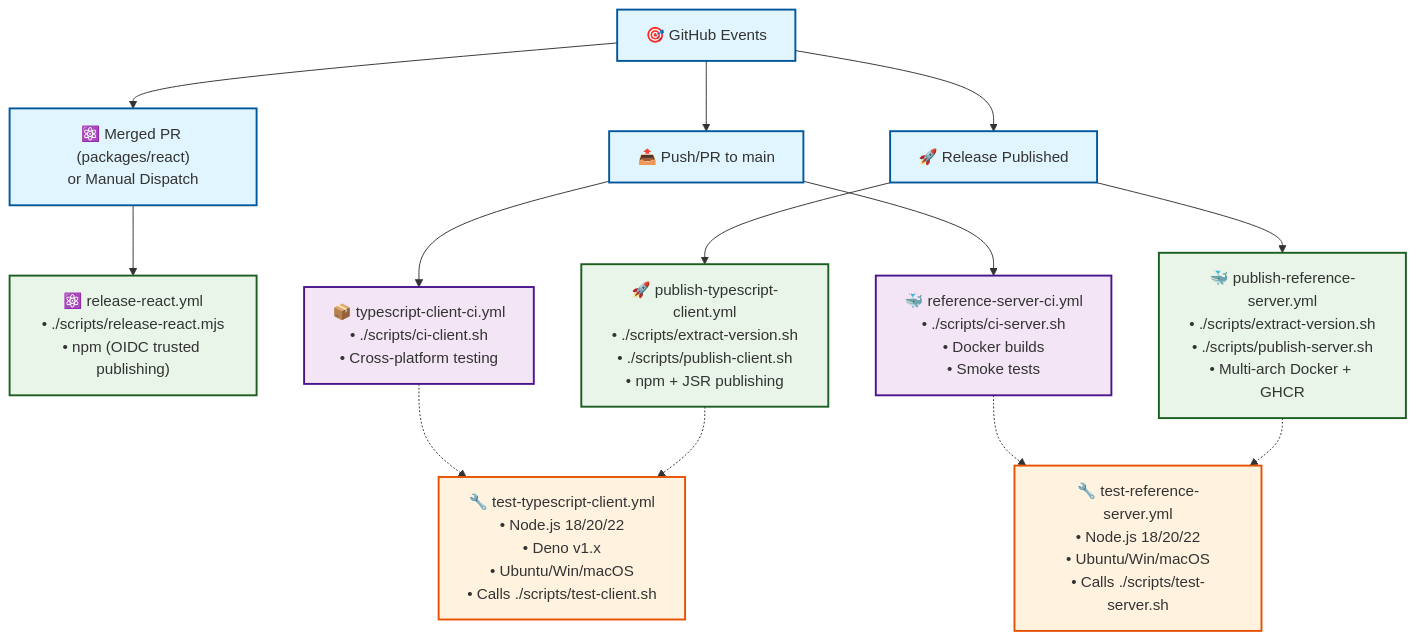
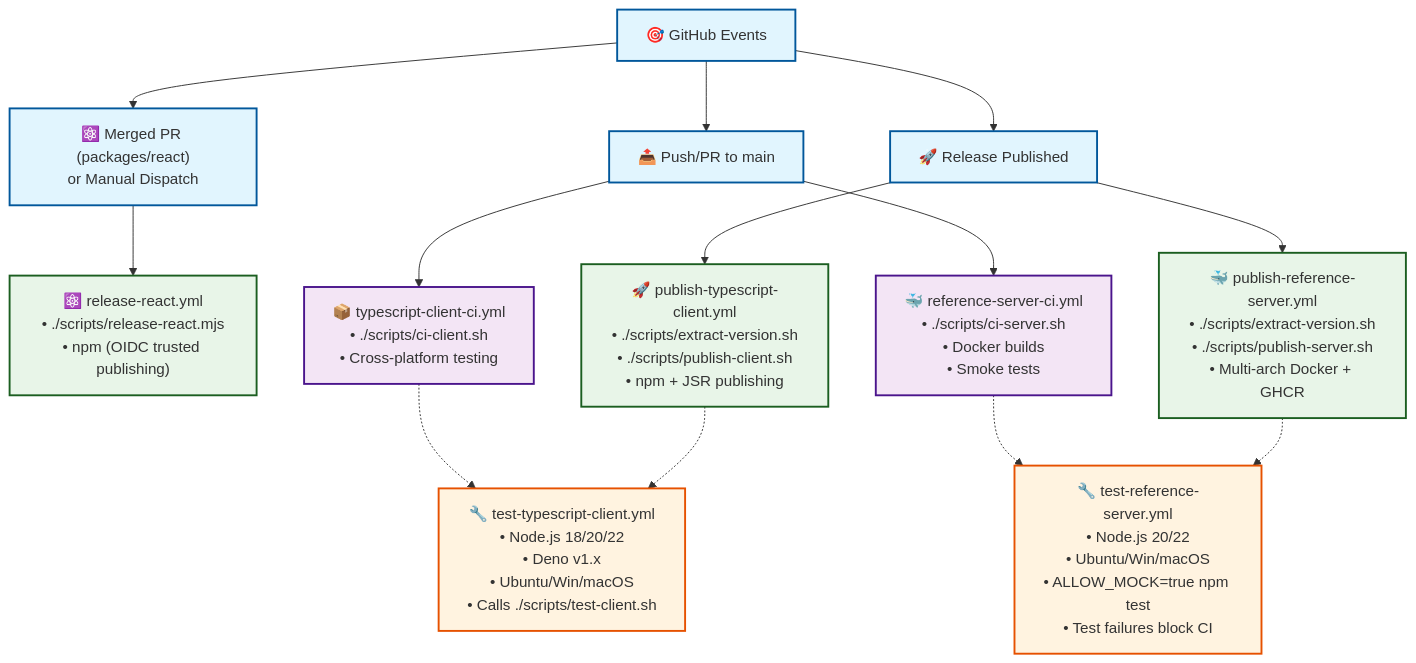
The first of 2 diagrams in .github/ARCHITECTURE.md (mieweb/ozwellai-api), drawn with Mermaid before and after one commit. The commit also changed other lines of this file and 7 other files, not shown here.

First line of the commit message:
test(widget): replace bundle assertions and enforce server test gate

````diff
--- a/.github/ARCHITECTURE.md
+++ b/.github/ARCHITECTURE.md
@@ -5,49 +5,49 @@
 ```mermaid
 graph TB
     Events["🎯 GitHub Events"]
     PushPR["📤 Push/PR to main"]
     Release["🚀 Release Published"]
     ReactTrigger["⚛️ Merged PR (packages/react)<br/>or Manual Dispatch"]
     
     Events --> PushPR
     Events --> Release
     Events --> ReactTrigger
     
     ReactPub["⚛️ release-react.yml<br/>• ./scripts/release-react.mjs<br/>• npm (OIDC trusted publishing)"]
     ReactTrigger --> ReactPub
     
     %% CI Workflows (triggered by Push/PR)
     TSClientCI["📦 typescript-client-ci.yml<br/>• ./scripts/ci-client.sh<br/>• Cross-platform testing"]
     RefServerCI["🐳 reference-server-ci.yml<br/>• ./scripts/ci-server.sh<br/>• Docker builds<br/>• Smoke tests"]
     
     PushPR --> TSClientCI
     PushPR --> RefServerCI
     
     %% Publish Workflows (triggered by Release)
     TSClientPub["🚀 publish-typescript-client.yml<br/>• ./scripts/extract-version.sh<br/>• ./scripts/publish-client.sh<br/>• npm + JSR publishing"]
     RefServerPub["🐳 publish-reference-server.yml<br/>• ./scripts/extract-version.sh<br/>• ./scripts/publish-server.sh<br/>• Multi-arch Docker + GHCR"]
     
     Release --> TSClientPub
     Release --> RefServerPub
     
     %% Reusable Test Workflows
     TSClientTest["🔧 test-typescript-client.yml<br/>• Node.js 18/20/22<br/>• Deno v1.x<br/>• Ubuntu/Win/macOS<br/>• Calls ./scripts/test-client.sh"]
-    RefServerTest["🔧 test-reference-server.yml<br/>• Node.js 18/20/22<br/>• Ubuntu/Win/macOS<br/>• Calls ./scripts/test-server.sh"]
+    RefServerTest["🔧 test-reference-server.yml<br/>• Node.js 20/22<br/>• Ubuntu/Win/macOS<br/>• ALLOW_MOCK=true npm test<br/>• Test failures block CI"]
     
     %% Reusable workflow usage
     TSClientCI -.-> TSClientTest
     TSClientPub -.-> TSClientTest
     RefServerCI -.-> RefServerTest
     RefServerPub -.-> RefServerTest
     
     %% Styling
     classDef eventNode fill:#e1f5fe,stroke:#01579b,stroke-width:2px
     classDef ciNode fill:#f3e5f5,stroke:#4a148c,stroke-width:2px
     classDef publishNode fill:#e8f5e8,stroke:#1b5e20,stroke-width:2px
     classDef reusableNode fill:#fff3e0,stroke:#e65100,stroke-width:2px
     
     class Events,PushPR,Release,ReactTrigger eventNode
     class TSClientCI,RefServerCI ciNode
     class TSClientPub,RefServerPub,ReactPub publishNode
     class TSClientTest,RefServerTest reusableNode
 ```
````
